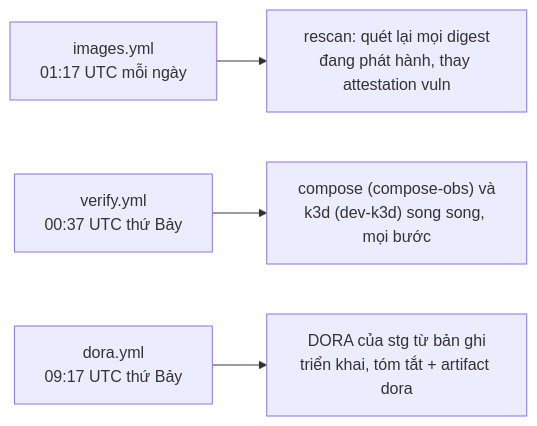
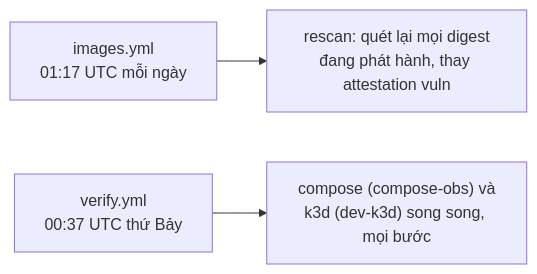
Before and after one commit to anhnvcoder/svp-backend: the third of 5 diagrams in docs/ci-cd.md, drawn with Mermaid. The commit also changed other lines of this file and 24 other files, not shown here.

````diff
--- a/docs/ci-cd.md
+++ b/docs/ci-cd.md
@@ -102,6 +103,5 @@
 ```mermaid
 flowchart LR
     daily["images.yml<br/>01:17 UTC mỗi ngày"] --> rescan["rescan: quét lại mọi digest<br/>đang phát hành, thay attestation vuln"]
     weekly["verify.yml<br/>00:37 UTC thứ Bảy"] --> both["compose (compose-obs) và<br/>k3d (dev-k3d) song song, mọi bước"]
-    dweekly["dora.yml<br/>09:17 UTC thứ Bảy"] --> dora["DORA của stg từ bản ghi<br/>triển khai, tóm tắt + artifact dora"]
 ```
````
